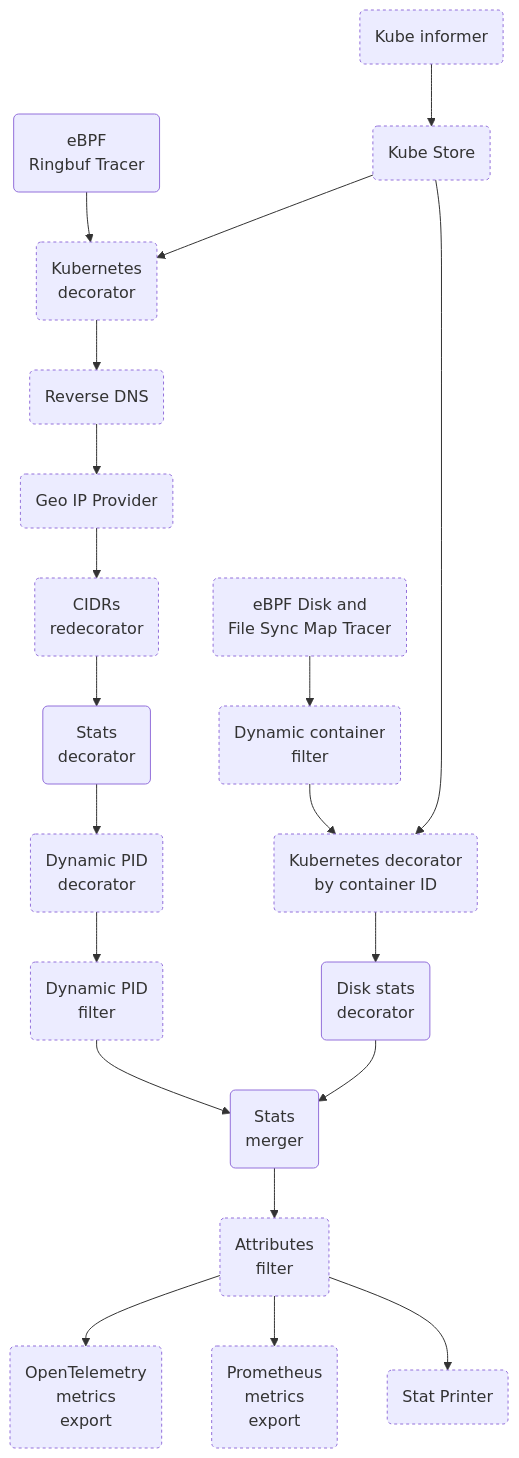
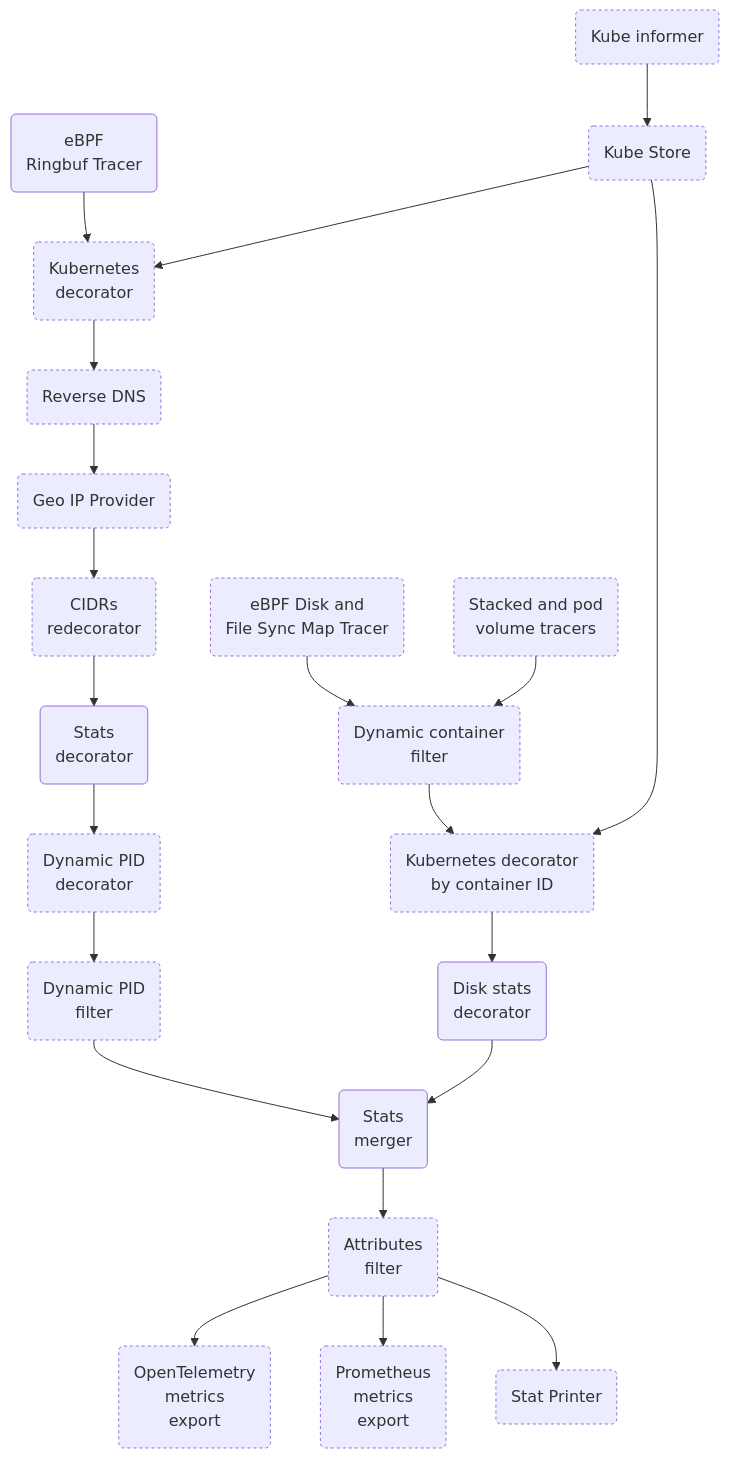
The third of 3 diagrams in devdocs/pipeline-map.md (TheDwingMAN/opentelemetry-ebpf-instrumentation), drawn with Mermaid before and after one commit. The commit also changed 37 other files, not shown here.

````diff
--- a/devdocs/pipeline-map.md
+++ b/devdocs/pipeline-map.md
@@ -103,23 +103,24 @@
 ```mermaid
 flowchart TD
     classDef optional stroke-dasharray: 3 3;
     RT(eBPF<br/>Ringbuf Tracer) --> K8S
     KIN(Kube informer):::optional --> KSTORE
     KSTORE(Kube Store):::optional --> K8S
     K8S(Kubernetes<br/>decorator):::optional --> RDNS
     RDNS(Reverse DNS):::optional --> GeoIP
     GeoIP(Geo IP Provider):::optional --> CIDRS
     CIDRS(CIDRs<br/>redecorator):::optional --> DEC
     DEC(Stats<br/>decorator) --> DPD
     DPD(Dynamic PID<br/>decorator):::optional --> DPF
     DPF(Dynamic PID<br/>filter):::optional --> MRG
     DMT(eBPF Disk and<br/>File Sync Map Tracer):::optional --> DCF
+    VT(Stacked and pod<br/>volume tracers):::optional --> DCF
     DCF(Dynamic container<br/>filter):::optional --> DK8S
     KSTORE --> DK8S
     DK8S(Kubernetes decorator<br/>by container ID):::optional --> DDEC
     DDEC(Disk stats<br/>decorator) --> MRG
     MRG(Stats<br/>merger) --> FLTR
     FLTR(Attributes<br/>filter):::optional --> OTEL(OpenTelemetry<br/>metrics<br/>export):::optional
     FLTR --> PROM(Prometheus<br/>metrics<br/>export):::optional
     FLTR --> StatPrinter(Stat Printer):::optional
 ```
````
